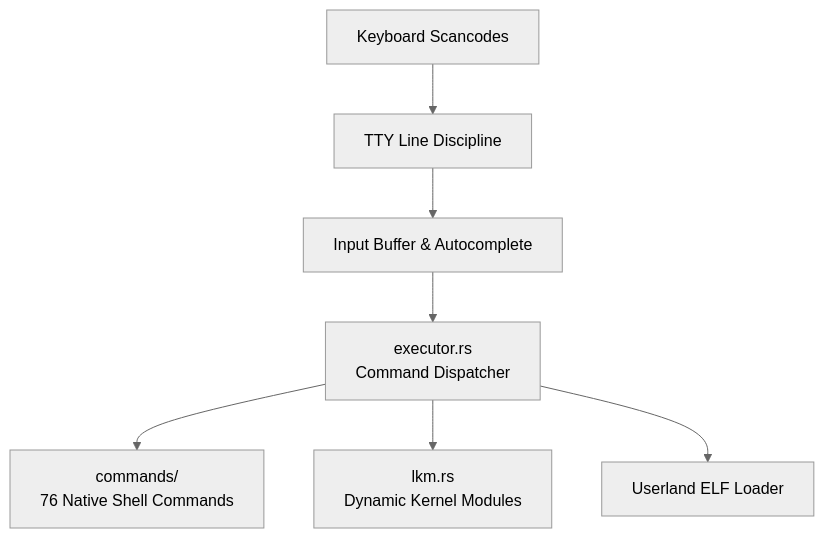
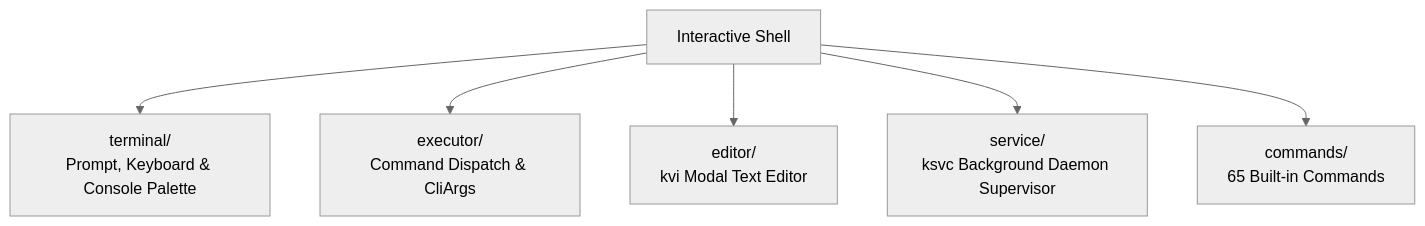
One commit to mrvlous/keira changed the diagram in docs/shell/README.md. Above: the diagram before and after it, drawn with Mermaid (neutral theme). The commit also changed other lines of this file and 25 other files, not shown here.

Commit message:
docs(shell): modularize terminal interface, executor, editor and command documentation

````diff
--- a/docs/shell/README.md
+++ b/docs/shell/README.md
@@ -11,9 +11,8 @@
 ```mermaid
 graph TD
-    Input["Keyboard Scancodes"] --> LineDisc["TTY Line Discipline"]
-    LineDisc --> Buffer["Input Buffer & Autocomplete"]
-    Buffer --> Exec["executor.rs<br/>Command Dispatcher"]
-    Exec --> Cmds["commands/<br/>76 Native Shell Commands"]
-    Exec --> LKM["lkm.rs<br/>Dynamic Kernel Modules"]
-    Exec --> ELF["Userland ELF Loader"]
+    Shell["Interactive Shell"] --> Terminal["terminal/<br/>Prompt, Keyboard & Console Palette"]
+    Shell --> Executor["executor/<br/>Command Dispatch & CliArgs"]
+    Shell --> Editor["editor/<br/>kvi Modal Text Editor"]
+    Shell --> Service["service/<br/>ksvc Background Daemon Supervisor"]
+    Shell --> Cmds["commands/<br/>65 Built-in Commands"]
 ```
````
